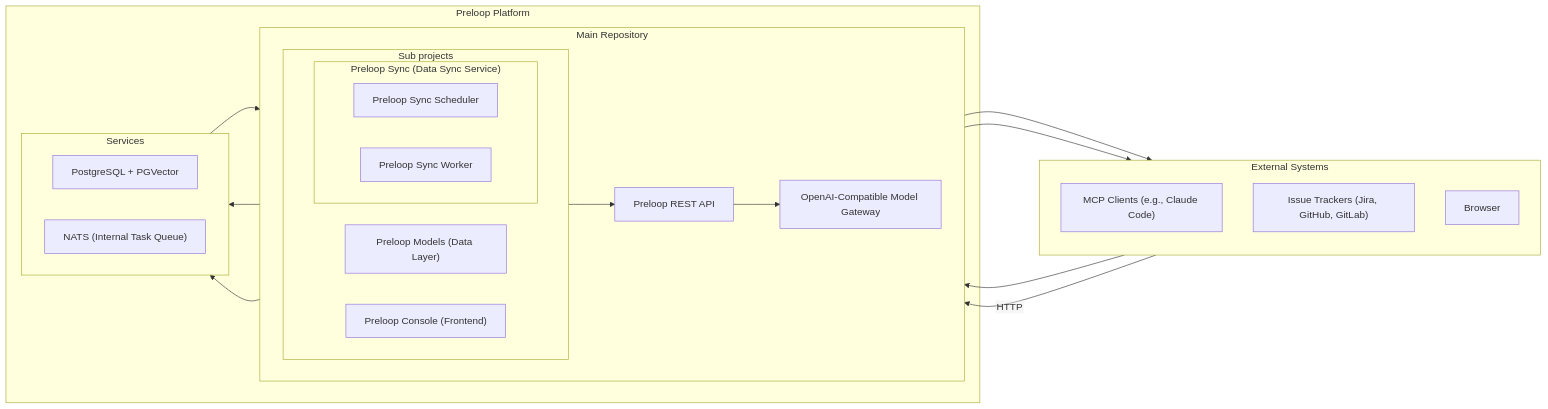
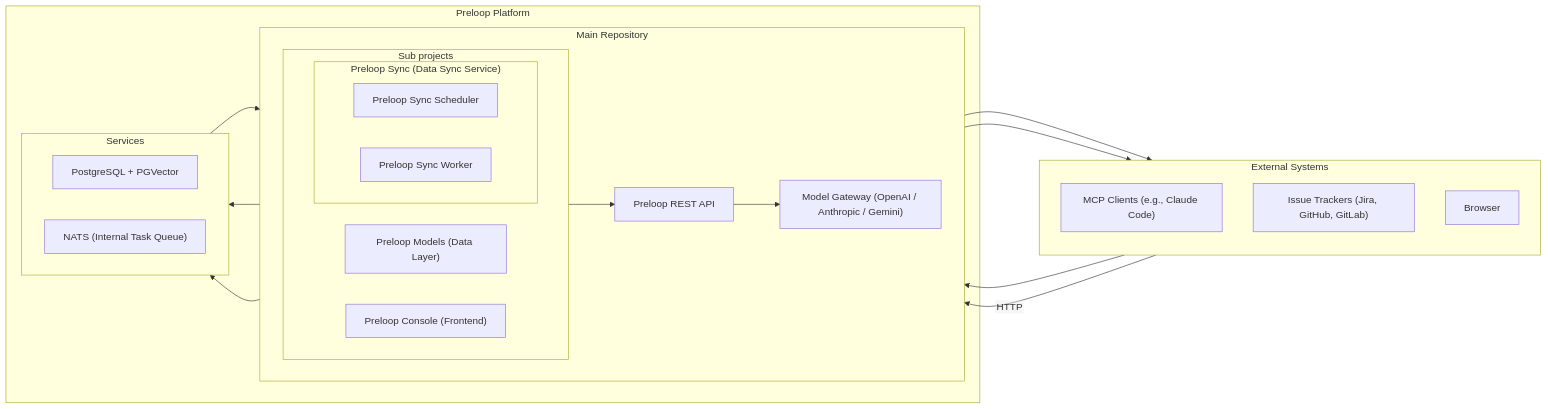
Before and after one commit to QIU-Guanzong/preloop: the diagram in ARCHITECTURE.md, drawn with Mermaid. The commit also changed other lines of this file and 1 other file, not shown here.

First line of the commit message:
docs: README and ARCHITECTURE refresh for 0.16.0

````diff
--- a/ARCHITECTURE.md
+++ b/ARCHITECTURE.md
@@ -40,43 +40,43 @@
 ```mermaid
 %%{init: {"flowchart": { "htmlLabels": false}} }%%
 graph LR
     subgraph "External Systems"
         direction TB
         MCP_Clients["MCP Clients (e.g., Claude Code)"]
         Issue_Trackers["Issue Trackers (Jira, GitHub, GitLab)"]
         Browser["Browser"]
     end
     subgraph "Preloop Platform"
         subgraph "Main Repository"
             direction LR
             API["Preloop REST API"]
-            Gateway["OpenAI-Compatible Model Gateway"]
+            Gateway["Model Gateway (OpenAI / Anthropic / Gemini)"]
             subgraph "Sub projects"
                 direction LR
                 preloop.models["Preloop Models (Data Layer)"]
                 subgraph "Preloop Sync (Data Sync Service)"
                     Scheduler["Preloop Sync Scheduler"]
                     Worker["Preloop Sync Worker"]
                 end
                 PreloopConsole["Preloop Console (Frontend)"]
             end
         end
         subgraph "Services"
             direction RL
             DB["PostgreSQL + PGVector"]
             NATS["NATS (Internal Task Queue)"]
         end
 
 
     end
     Browser --> PreloopConsole
     preloop.models --> DB
     API --> Gateway
     Scheduler --> NATS
     NATS --> Worker
     Worker --> Issue_Trackers
     API --> Issue_Trackers
 
     MCP_Clients -- HTTP --> API
     PreloopConsole --> API
 ```
````
